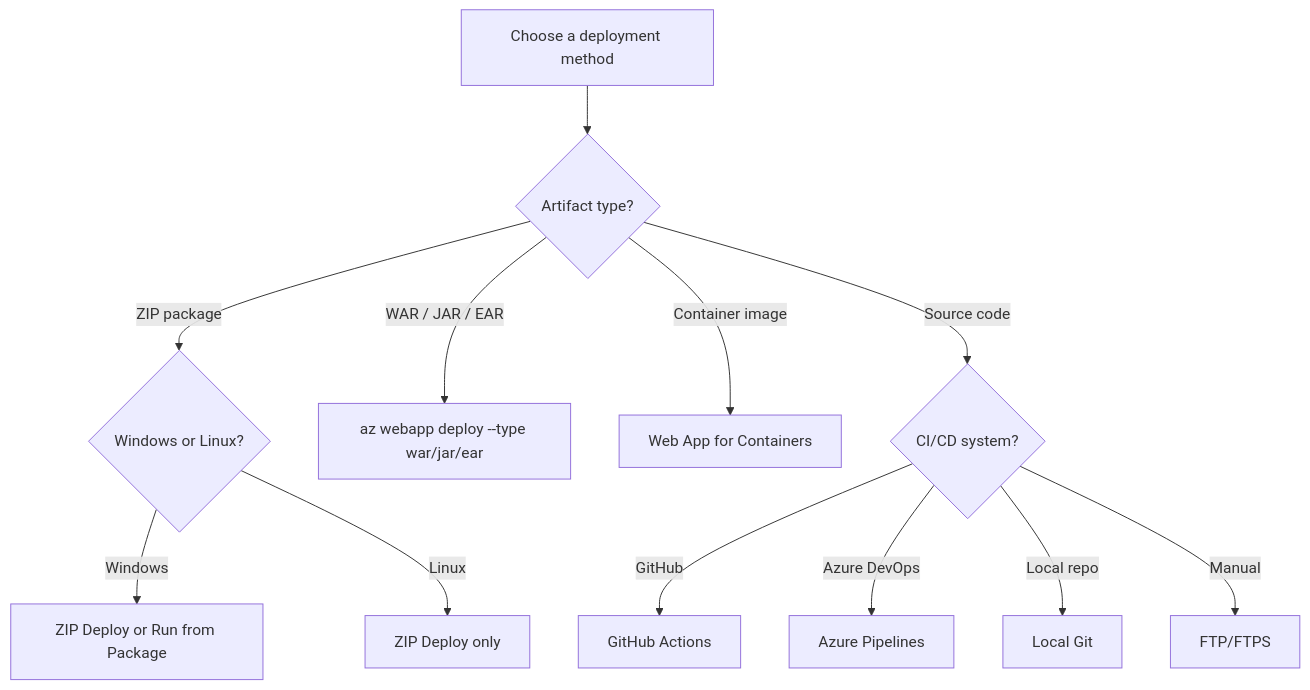
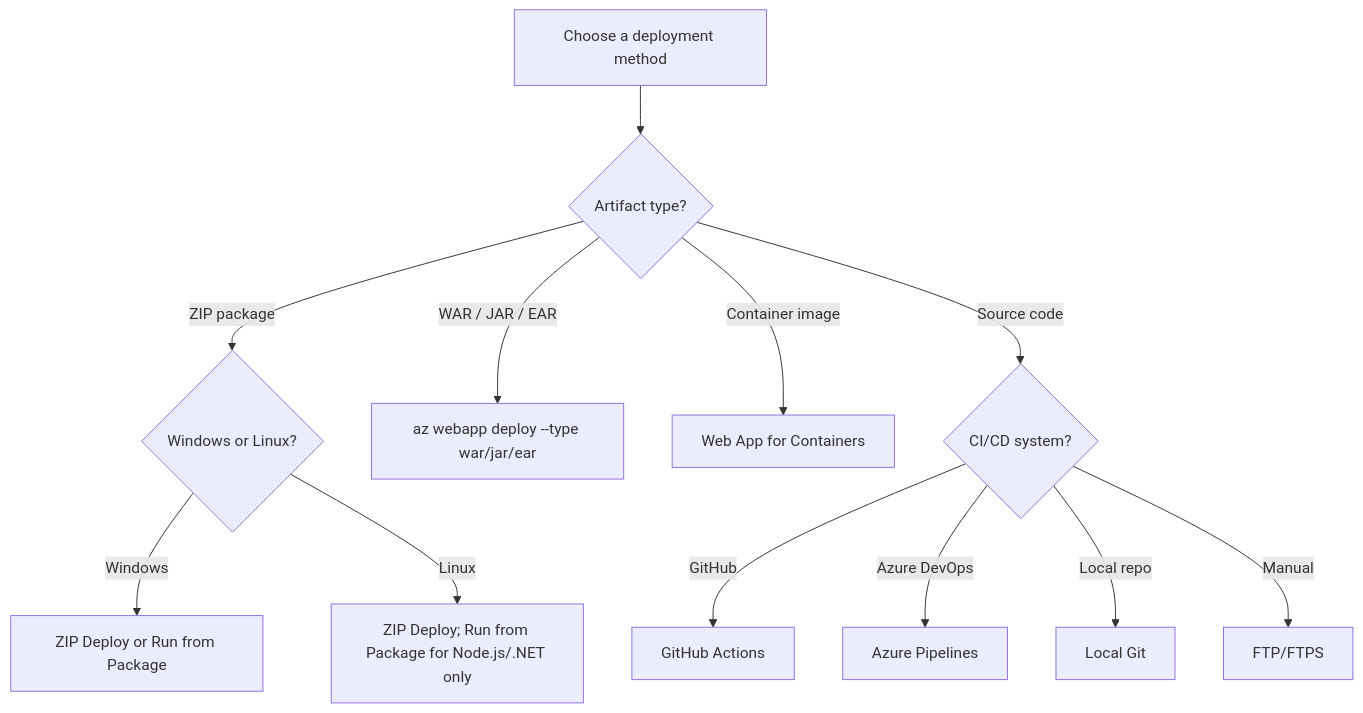
One commit to yeongseon/azure-app-service-practical-guide changed the diagram in docs/platform/deployment-options.md. Above: the diagram before and after it, drawn with Mermaid. The commit also changed other lines of this file and 249 other files, not shown here.

````diff
--- a/docs/platform/deployment-options.md
+++ b/docs/platform/deployment-options.md
@@ -61,14 +61,14 @@
 ```mermaid
 flowchart TD
     A[Choose a deployment method] --> B{Artifact type?}
     B -- ZIP package --> C{Windows or Linux?}
     C -- Windows --> D[ZIP Deploy or Run from Package]
-    C -- Linux --> E[ZIP Deploy only]
+    C -- Linux --> E[ZIP Deploy; Run from Package for Node.js/.NET only]
     B -- WAR / JAR / EAR --> F[az webapp deploy --type war/jar/ear]
     B -- Container image --> G[Web App for Containers]
     B -- Source code --> H{CI/CD system?}
     H -- GitHub --> I[GitHub Actions]
     H -- Azure DevOps --> J[Azure Pipelines]
     H -- Local repo --> K[Local Git]
     H -- Manual --> L[FTP/FTPS]
 ```
````
